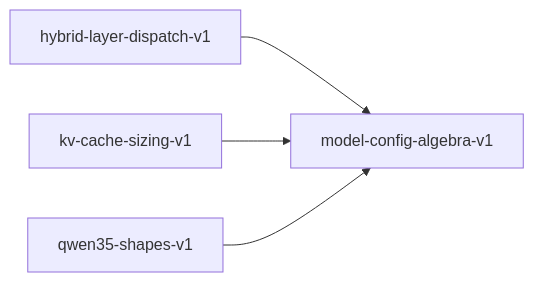
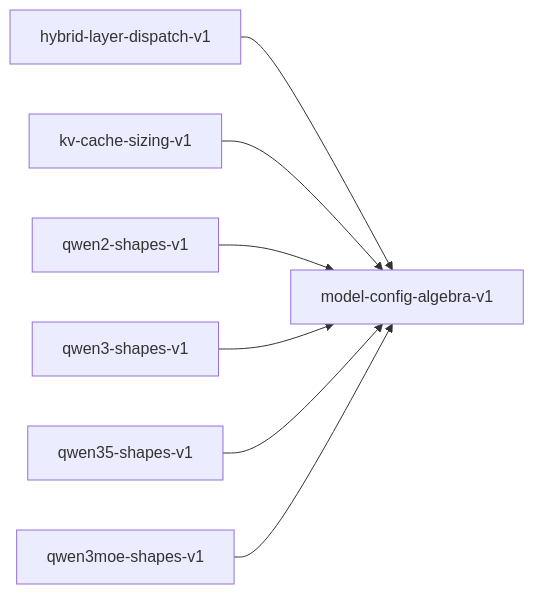
The diagram in book/src/contracts/model-config-algebra-v1.md (paiml/provable-contracts), drawn with Mermaid before and after one commit. The commit also changed 76 other files, not shown here.

````diff
--- a/book/src/contracts/model-config-algebra-v1.md
+++ b/book/src/contracts/model-config-algebra-v1.md
@@ -16,6 +16,9 @@
 ```mermaid
 graph LR
     hybrid_layer_dispatch_v1["hybrid-layer-dispatch-v1"] --> model_config_algebra_v1["model-config-algebra-v1"]
     kv_cache_sizing_v1["kv-cache-sizing-v1"] --> model_config_algebra_v1["model-config-algebra-v1"]
+    qwen2_shapes_v1["qwen2-shapes-v1"] --> model_config_algebra_v1["model-config-algebra-v1"]
+    qwen3_shapes_v1["qwen3-shapes-v1"] --> model_config_algebra_v1["model-config-algebra-v1"]
     qwen35_shapes_v1["qwen35-shapes-v1"] --> model_config_algebra_v1["model-config-algebra-v1"]
+    qwen3moe_shapes_v1["qwen3moe-shapes-v1"] --> model_config_algebra_v1["model-config-algebra-v1"]
 ```
````
